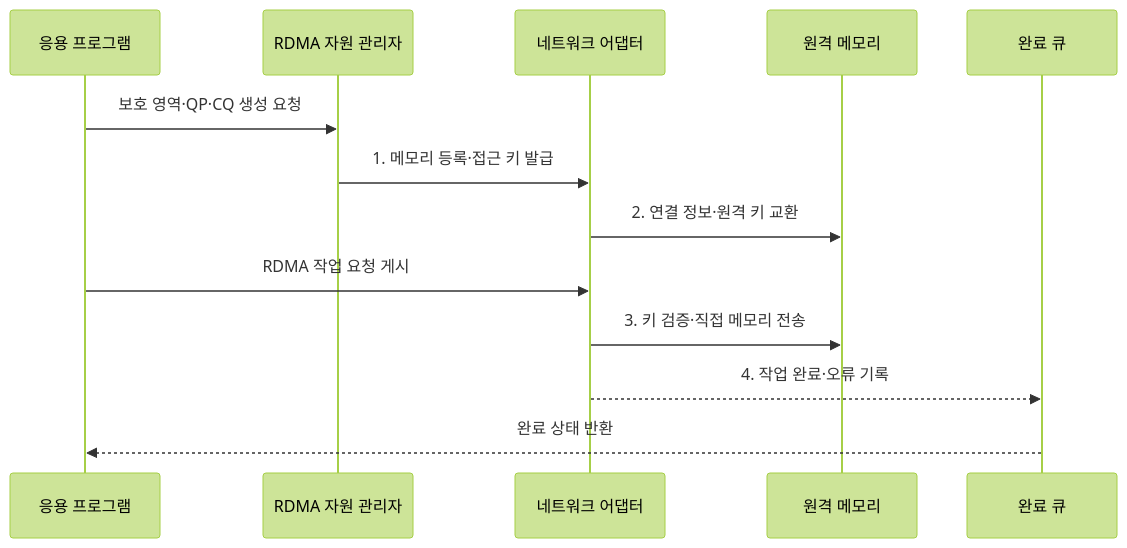
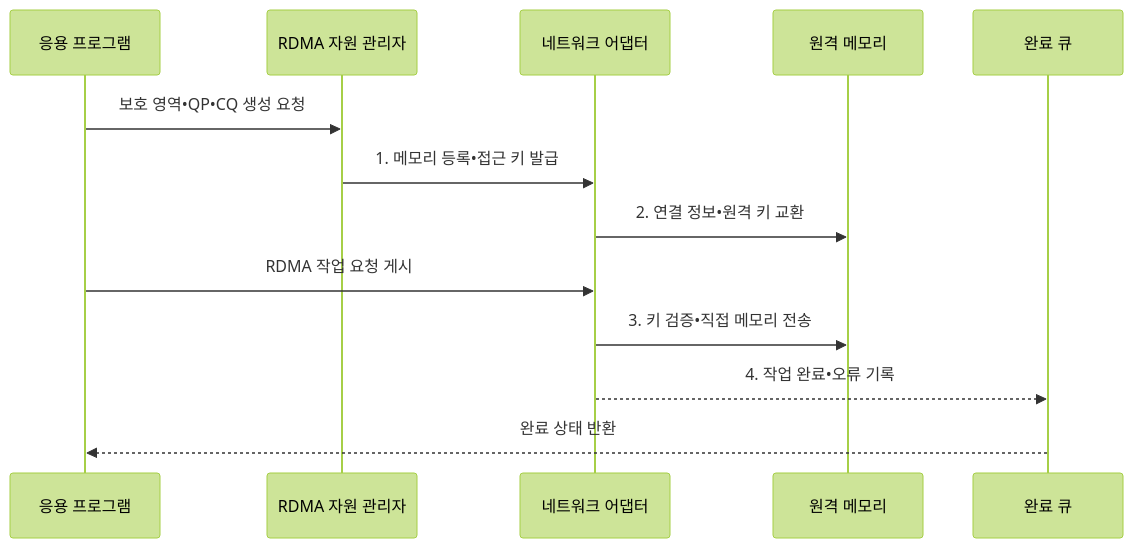
The second of 2 diagrams in src/content/docs/notes/08-latest-tech/152_rdma.md (agnusdei1207/knowledge-base), drawn with Mermaid (forest theme) before and after one commit. The commit also changed other lines of this file and 953 other files, not shown here.

````diff
--- a/src/content/docs/notes/08-latest-tech/152_rdma.md
+++ b/src/content/docs/notes/08-latest-tech/152_rdma.md
@@ -104,15 +104,15 @@
 ```mermaid
 sequenceDiagram
     participant A as 응용 프로그램
     participant R as RDMA 자원 관리자
     participant N as 네트워크 어댑터
     participant M as 원격 메모리
     participant C as 완료 큐
-    A->>R: 보호 영역·QP·CQ 생성 요청
-    R->>N: 1. 메모리 등록·접근 키 발급
-    N->>M: 2. 연결 정보·원격 키 교환
+    A->>R: 보호 영역•QP•CQ 생성 요청
+    R->>N: 1. 메모리 등록•접근 키 발급
+    N->>M: 2. 연결 정보•원격 키 교환
     A->>N: RDMA 작업 요청 게시
-    N->>M: 3. 키 검증·직접 메모리 전송
-    N-->>C: 4. 작업 완료·오류 기록
+    N->>M: 3. 키 검증•직접 메모리 전송
+    N-->>C: 4. 작업 완료•오류 기록
     C-->>A: 완료 상태 반환
 ```
````
